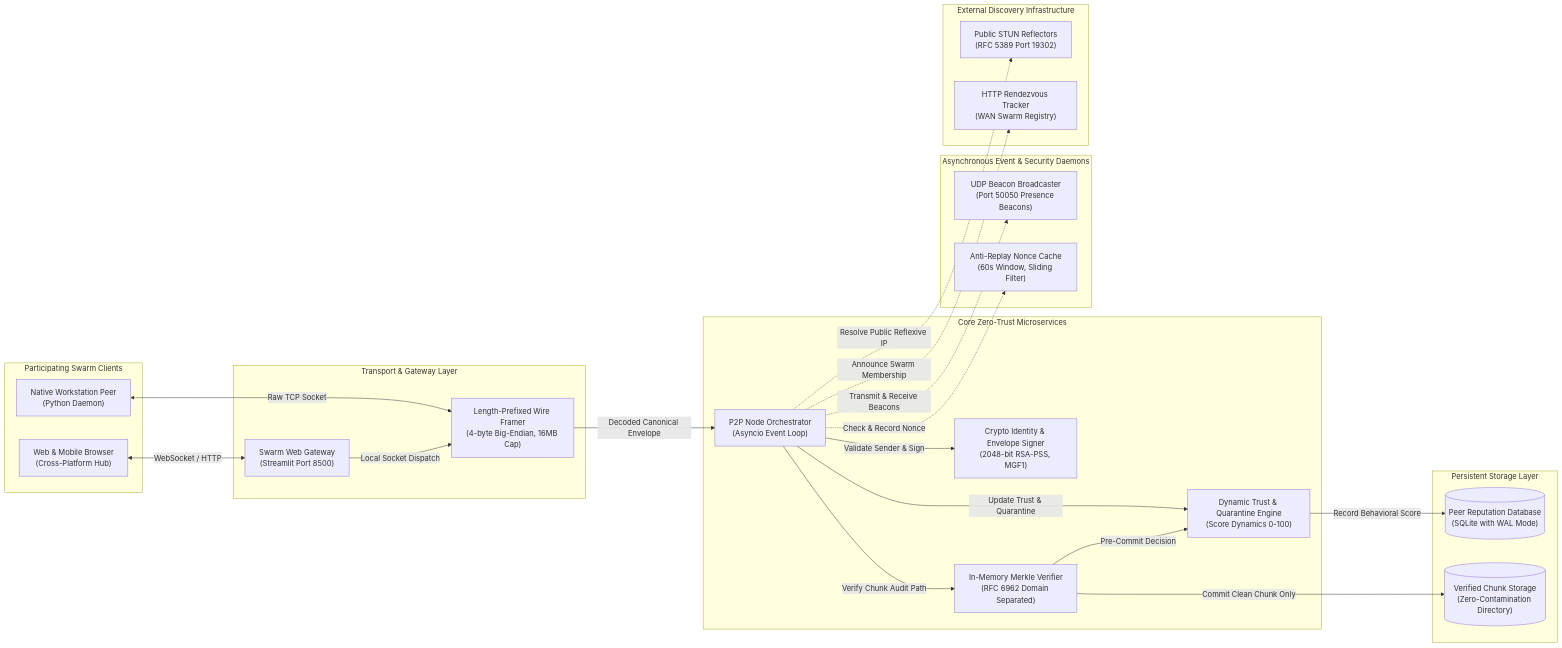
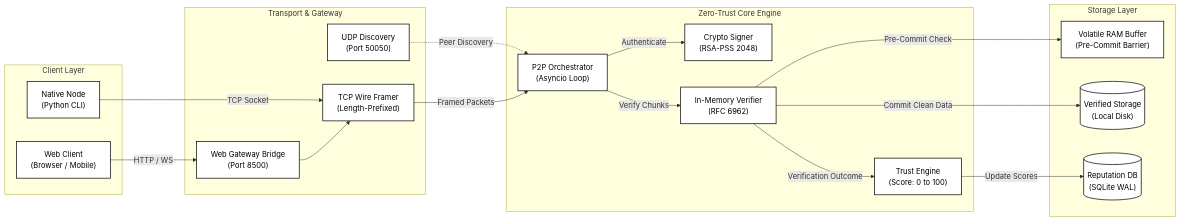
One commit to Vallurikeerthiram/zero-trust-p2p-network changed the diagram in docs/diagrams/system_architecture.mmd. Above: the diagram before and after it, drawn with Mermaid. The commit also changed 16 other files, not shown here.

Commit message:
docs: clean up and remove unnecessary diagrams, retaining two minimalist B&W diagrams for architecture and security

```diff
--- a/docs/diagrams/system_architecture.mmd
+++ b/docs/diagrams/system_architecture.mmd
@@ -1,59 +1,40 @@
 flowchart LR
-
-    subgraph client ["Participating Swarm Clients"]
-        webClient["Web & Mobile Browser<br>(Cross-Platform Hub)"]
-        desktopPeer["Native Workstation Peer<br>(Python Daemon)"]
+    subgraph Client ["Client Layer"]
+        Web["Web Client<br>(Browser / Mobile)"]
+        CLI["Native Node<br>(Python CLI)"]
     end
 
-    subgraph gateway ["Transport & Gateway Layer"]
-        hubGateway["Swarm Web Gateway<br>(Streamlit Port 8500)"]
-        wireFramer["Length-Prefixed Wire Framer<br>(4-byte Big-Endian, 16MB Cap)"]
+    subgraph Transport ["Transport & Gateway"]
+        Gateway["Web Gateway Bridge<br>(Port 8500)"]
+        Framer["TCP Wire Framer<br>(Length-Prefixed)"]
+        Discovery["UDP Discovery<br>(Port 50050)"]
     end
 
-    subgraph service ["Core Zero-Trust Microservices"]
-        p2pOrchestrator["P2P Node Orchestrator<br>(Asyncio Event Loop)"]
-        cryptoSigner["Crypto Identity & Envelope Signer<br>(2048-bit RSA-PSS, MGF1)"]
-        merkleVerifier["In-Memory Merkle Verifier<br>(RFC 6962 Domain Separated)"]
-        reputationEngine["Dynamic Trust & Quarantine Engine<br>(Score Dynamics 0-100)"]
+    subgraph Core ["Zero-Trust Core Engine"]
+        Orch["P2P Orchestrator<br>(Asyncio Loop)"]
+        Crypto["Crypto Signer<br>(RSA-PSS 2048)"]
+        Merkle["In-Memory Verifier<br>(RFC 6962)"]
+        Rep["Trust Engine<br>(Score: 0 to 100)"]
     end
 
-    subgraph datastore ["Persistent Storage Layer"]
-        sqliteDB[("Peer Reputation Database<br>(SQLite with WAL Mode)")]
-        fileStorage[("Verified Chunk Storage<br>(Zero-Contamination Directory)")]
+    subgraph Storage ["Storage Layer"]
+        RAM["Volatile RAM Buffer<br>(Pre-Commit Barrier)"]
+        Disk[("Verified Storage<br>(Local Disk)")]
+        DB[("Reputation DB<br>(SQLite WAL)")]
     end
 
-    subgraph async ["Asynchronous Event & Security Daemons"]
-        lanBeaconDaemon["UDP Beacon Broadcaster<br>(Port 50050 Presence Beacons)"]
-        replayCache["Anti-Replay Nonce Cache<br>(60s Window, Sliding Filter)"]
-    end
+    Web -->|HTTP / WS| Gateway
+    CLI -->|TCP Socket| Framer
+    Gateway --> Framer
+    Discovery -.->|Peer Discovery| Orch
+    Framer -->|Framed Packets| Orch
+    Orch -->|Authenticate| Crypto
+    Orch -->|Verify Chunks| Merkle
+    Merkle -->|Pre-Commit Check| RAM
+    Merkle -->|Commit Clean Data| Disk
+    Merkle -->|Verification Outcome| Rep
+    Rep -->|Update Scores| DB
 
-    subgraph external ["External Discovery Infrastructure"]
-        stunReflector["Public STUN Reflectors<br>(RFC 5389 Port 19302)"]
-        bootstrapRendezvous["HTTP Rendezvous Tracker<br>(WAN Swarm Registry)"]
-    end
-
-    %% Client to Gateway
-    webClient <-->|"WebSocket / HTTP"| hubGateway
-    desktopPeer <-->|"Raw TCP Socket"| wireFramer
-    hubGateway -->|"Local Socket Dispatch"| wireFramer
-
-    %% Gateway to Service
-    wireFramer -->|"Decoded Canonical Envelope"| p2pOrchestrator
-
-    %% Service to Service
-    p2pOrchestrator -->|"Validate Sender & Sign"| cryptoSigner
-    p2pOrchestrator -->|"Verify Chunk Audit Path"| merkleVerifier
-    p2pOrchestrator -->|"Update Trust & Quarantine"| reputationEngine
-    merkleVerifier -->|"Pre-Commit Decision"| reputationEngine
-
-    %% Service to Datastore
-    reputationEngine -->|"Record Behavioral Score"| sqliteDB
-    merkleVerifier -->|"Commit Clean Chunk Only"| fileStorage
-
-    %% Service to Async Daemons
-    p2pOrchestrator -.->|"Check & Record Nonce"| replayCache
-    p2pOrchestrator -.->|"Transmit & Receive Beacons"| lanBeaconDaemon
-
-    %% Service to External
-    p2pOrchestrator -.->|"Resolve Public Reflexive IP"| stunReflector
-    p2pOrchestrator -.->|"Announce Swarm Membership"| bootstrapRendezvous
+    %% Clean Black and White Styling
+    classDef bw fill:#ffffff,stroke:#000000,stroke-width:1.5px,color:#000000;
+    class Web,CLI,Gateway,Framer,Discovery,Orch,Crypto,Merkle,Rep,RAM,Disk,DB bw;
```
